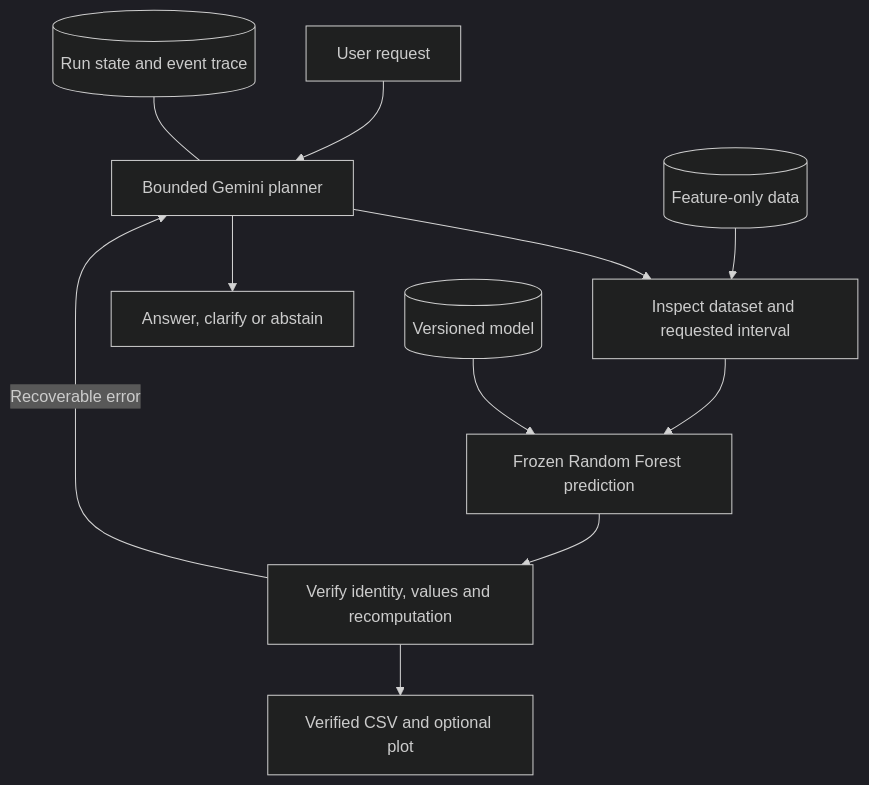
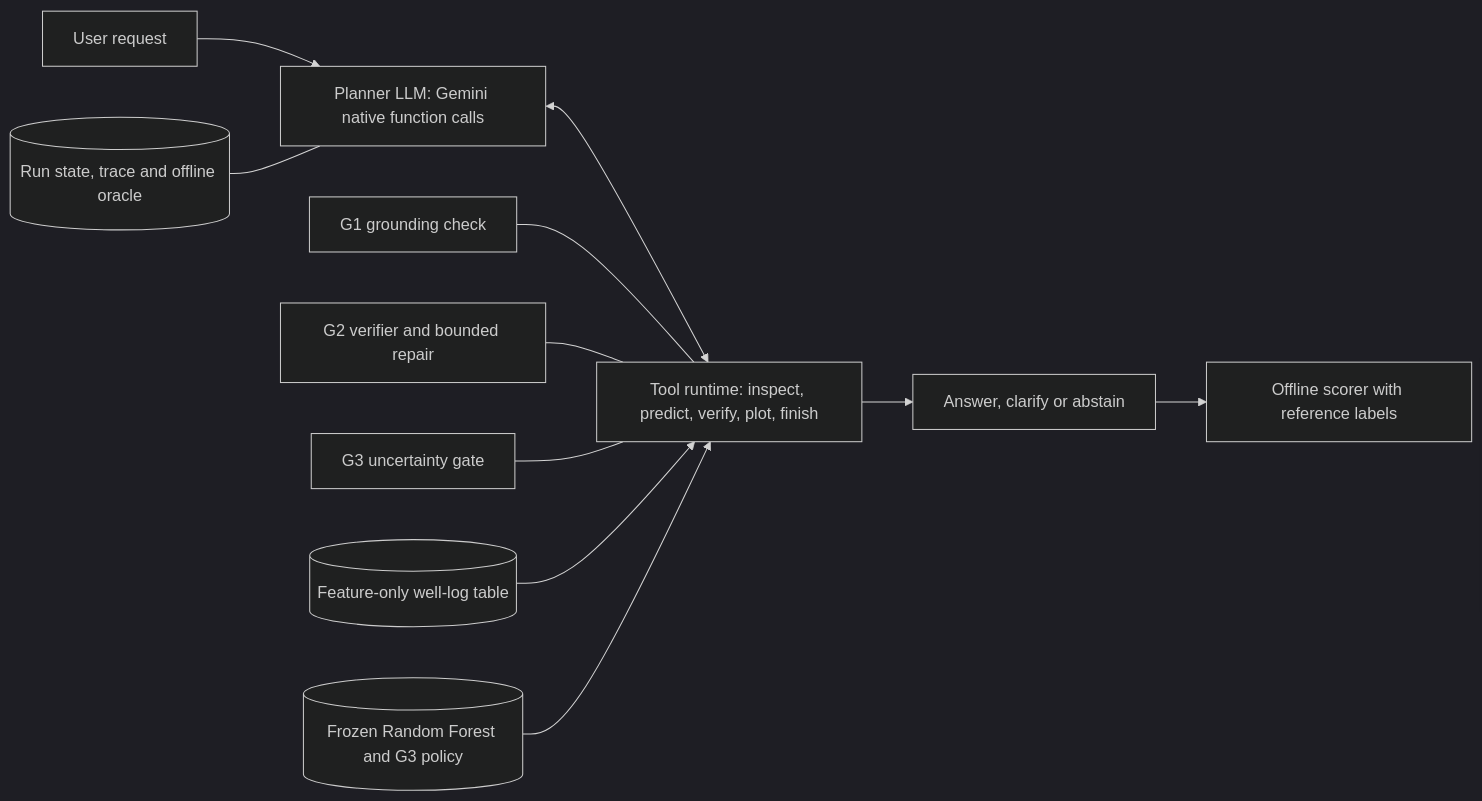
Before and after one commit to mehranwazir/ai4015-subsurface-agent: the diagram in README.md, drawn with Mermaid (dark theme). The commit also changed other lines of this file and 1624 other files, not shown here.

````diff
--- a/README.md
+++ b/README.md
@@ -158,13 +21,13 @@
 ```mermaid
-flowchart TD
-    Q[User request] --> A[Bounded Gemini planner]
-    A --> I[Inspect dataset and requested interval]
-    I --> P[Frozen Random Forest prediction]
-    P --> V[Verify identity, values and recomputation]
-    V -->|Recoverable error| A
-    V --> O[Verified CSV and optional plot]
-    A --> F[Answer, clarify or abstain]
-    D[(Feature-only data)] --> I
-    M[(Versioned model)] --> P
-    S[(Run state and event trace)] --- A
+flowchart LR
+    Q[User request] --> P[Planner LLM: Gemini native function calls]
+    P <--> T[Tool runtime: inspect, predict, verify, plot, finish]
+    G1[G1 grounding check] --- T
+    G2[G2 verifier and bounded repair] --- T
+    G3[G3 uncertainty gate] --- T
+    D[(Feature-only well-log table)] --> T
+    M[(Frozen Random Forest and G3 policy)] --> T
+    T --> F[Answer, clarify or abstain]
+    S[(Run state, trace and offline oracle)] --- P
+    F --> E[Offline scorer with reference labels]
 ```
````
